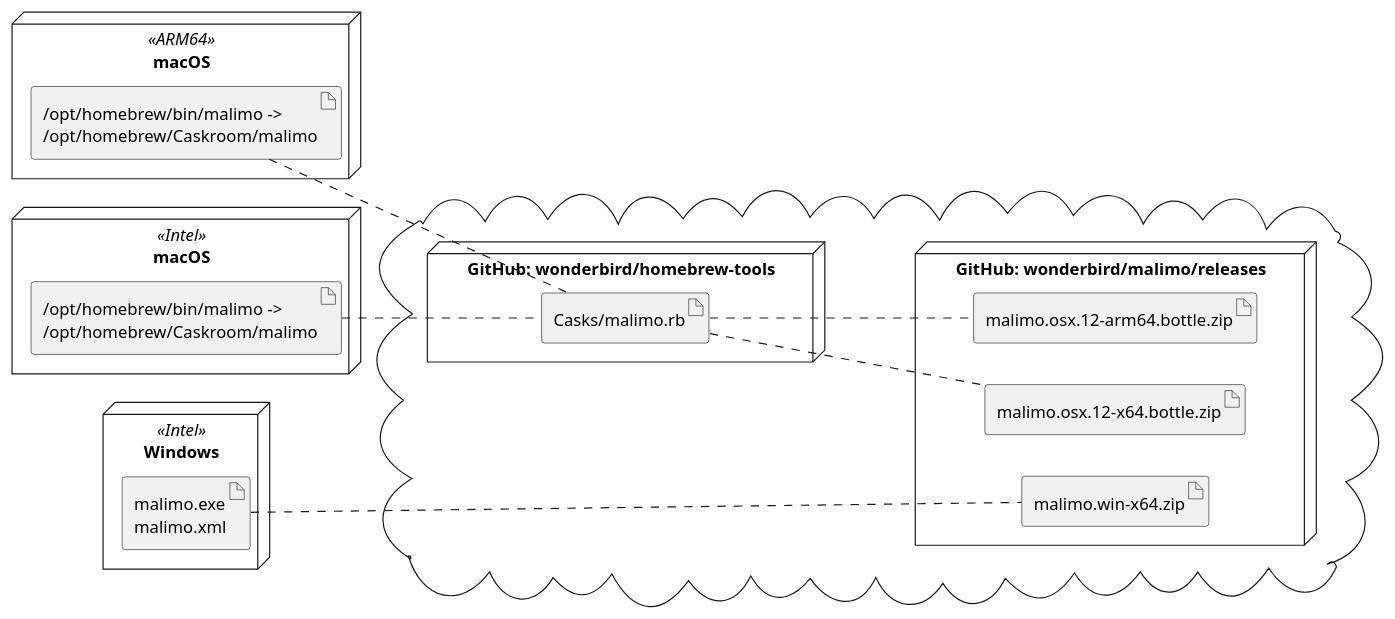
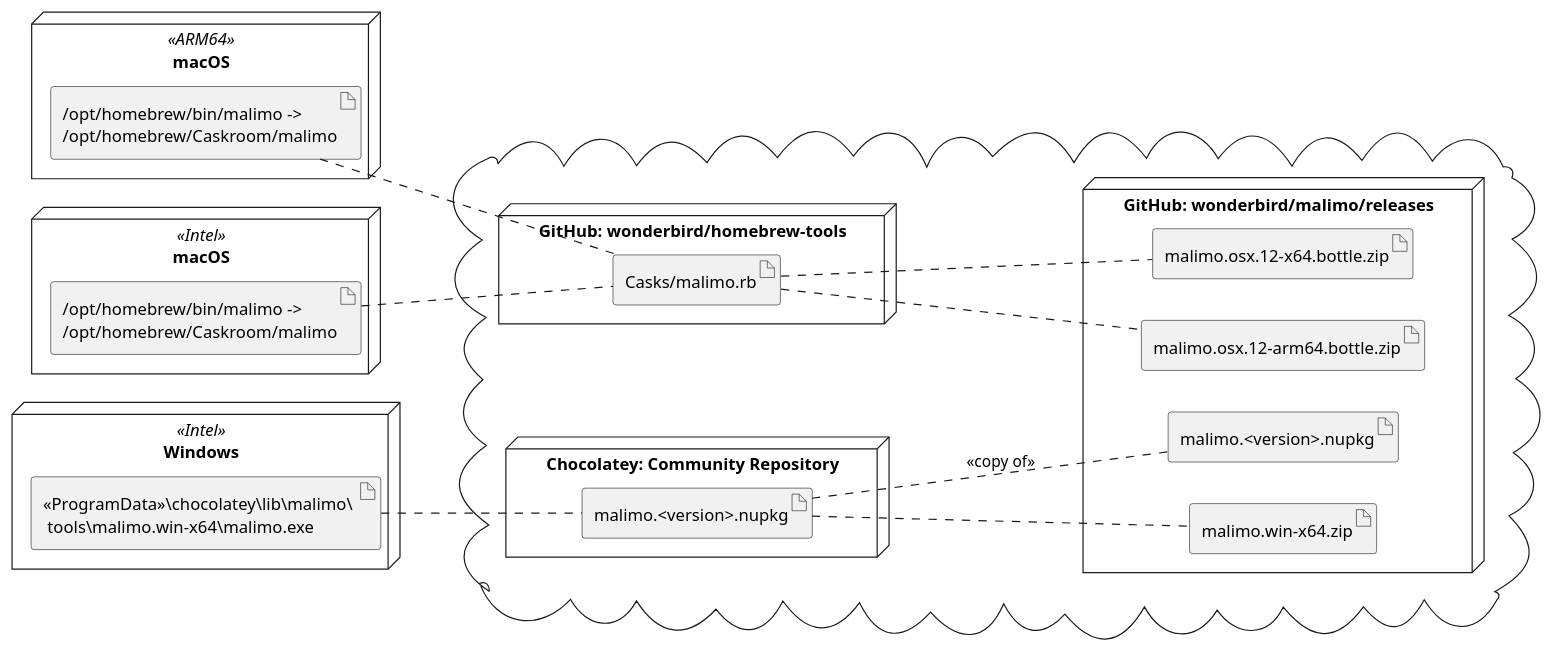
The diagram in docs/plantuml/deployment-view.puml (wonderbird/malimo), drawn with PlantUML before and after one commit. The commit also changed 2 other files, not shown here.

Commit message:
docs: update architecture documentation

```diff
--- a/docs/plantuml/deployment-view.puml
+++ b/docs/plantuml/deployment-view.puml
@@ -1,39 +1,46 @@
 @startuml
 left to right direction
 
 set namespaceSeparator none
 
 together {
     node "macOS" <<ARM64>> as armMac {
         artifact "/opt/homebrew/bin/malimo ->\n/opt/homebrew/Caskroom/malimo" as armMalimo
     }
     
     node "macOS" <<Intel>> as intelMac {
         artifact "/opt/homebrew/bin/malimo ->\n/opt/homebrew/Caskroom/malimo" as intelMalimo
     }
     
     node "Windows" <<Intel>> {
-        artifact "malimo.exe\nmalimo.xml" as winMalimo
+        artifact "<<ProgramData>>\\chocolatey\\lib\\malimo\\ \n tools\\malimo.win-x64\\malimo.exe" as winMalimo
     }
 }
 
 cloud {
   node "GitHub: wonderbird/malimo/releases" {
     artifact "malimo.osx.12-arm64.bottle.zip" as armBottle
     artifact "malimo.osx.12-x64.bottle.zip" as intelBottle
     artifact "malimo.win-x64.zip" as winRelease
+    artifact "malimo.<version>.nupkg" as chocoCopy
   }
   
   node "GitHub: wonderbird/homebrew-tools" {
     artifact "Casks/malimo.rb" as cask
+  }
+  
+  node "Chocolatey: Community Repository" {
+    artifact "malimo.<version>.nupkg" as chocoPackage
   }
 }
 
 cask .. armBottle
 cask .. intelBottle
 
 armMalimo .. cask
 intelMalimo .. cask
 
-winMalimo .. winRelease
+winMalimo .. chocoPackage
+chocoPackage .. chocoCopy : << copy of >>
+chocoPackage .. winRelease
 @enduml
```
